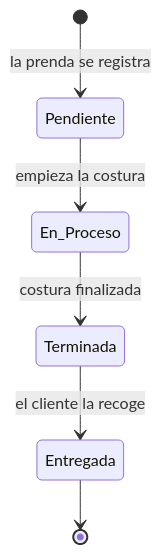
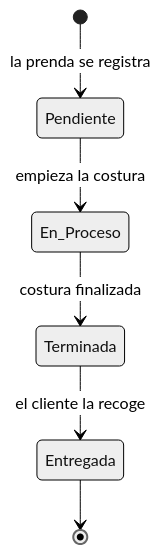
One commit to Aryannext/Costura-app changed diagram 11 of 16 in docs/02-diseno/DIAGRAMAS.md. Above: the diagram before and after it, drawn with Mermaid. The commit also changed other lines of this file and 4 other files, not shown here.

First line of the commit message:
P1-7: el aviso de las 8:00 comprueba el permiso de alarmas exactas; diagramas sin emojis ni colores

````diff
--- a/docs/02-diseno/DIAGRAMAS.md
+++ b/docs/02-diseno/DIAGRAMAS.md
@@ -521,8 +517,9 @@
 ```mermaid
+%%{init: {'theme': 'neutral'}}%%
 stateDiagram-v2
     [*] --> Pendiente : la prenda se registra
     Pendiente --> En_Proceso : empieza la costura
     En_Proceso --> Terminada : costura finalizada
     Terminada --> Entregada : el cliente la recoge
     Entregada --> [*]
 ```
````
